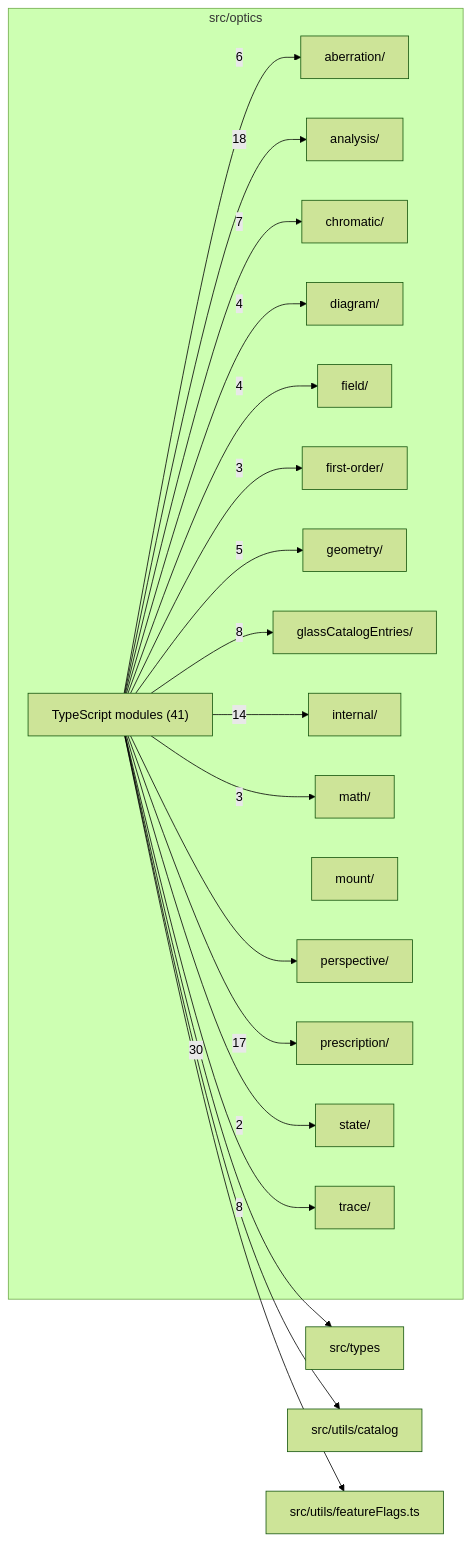
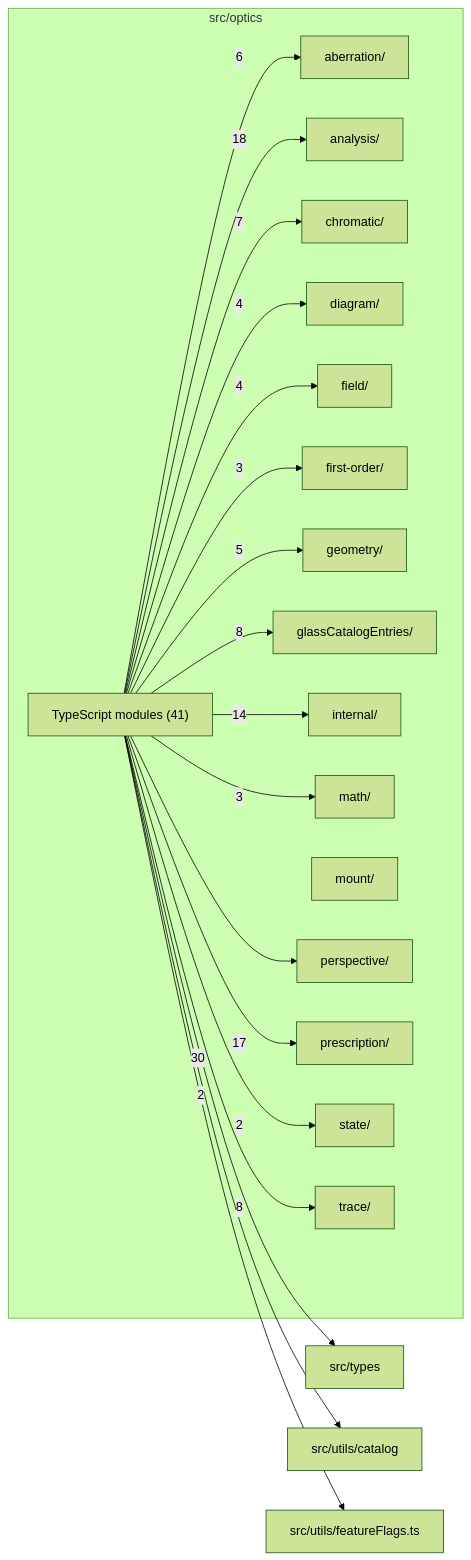
The diagram in src/optics/readme.md (BeamFour/LensVisualizer), drawn with Mermaid (forest theme) before and after one commit. The commit also changed other lines of this file and 26 other files, not shown here.

````diff
--- a/src/optics/readme.md
+++ b/src/optics/readme.md
@@ -9,41 +9,41 @@
 ```mermaid
 flowchart LR
   subgraph n_src_optics["src/optics"]
     n_src_optics_src_optics_aberration["aberration/"]
     n_src_optics_src_optics_analysis["analysis/"]
     n_src_optics_src_optics_chromatic["chromatic/"]
     n_src_optics_src_optics_diagram["diagram/"]
     n_src_optics_src_optics_field["field/"]
     n_src_optics_src_optics_first_order["first-order/"]
     n_src_optics_src_optics_geometry["geometry/"]
     n_src_optics_src_optics_glassCatalogEntries["glassCatalogEntries/"]
     n_src_optics_src_optics_internal["internal/"]
     n_src_optics_src_optics_math["math/"]
     n_src_optics_src_optics_mount["mount/"]
     n_src_optics_src_optics_perspective["perspective/"]
     n_src_optics_src_optics_prescription["prescription/"]
     n_src_optics_src_optics_state["state/"]
     n_src_optics_src_optics_trace["trace/"]
     n_src_optics_TypeScript_modules["TypeScript modules (41)"]
   end
   n_external_src_types["src/types"]
   n_external_src_utils_catalog["src/utils/catalog"]
   n_external_src_utils_featureFlags_ts["src/utils/featureFlags.ts"]
   n_src_optics_TypeScript_modules --> |30| n_external_src_types
   n_src_optics_TypeScript_modules --> |18| n_src_optics_src_optics_analysis
   n_src_optics_TypeScript_modules --> |17| n_src_optics_src_optics_prescription
   n_src_optics_TypeScript_modules --> |14| n_src_optics_src_optics_internal
   n_src_optics_TypeScript_modules --> |8| n_src_optics_src_optics_glassCatalogEntries
   n_src_optics_TypeScript_modules --> |8| n_src_optics_src_optics_trace
   n_src_optics_TypeScript_modules --> |7| n_src_optics_src_optics_chromatic
   n_src_optics_TypeScript_modules --> |6| n_src_optics_src_optics_aberration
   n_src_optics_TypeScript_modules --> |5| n_src_optics_src_optics_geometry
   n_src_optics_TypeScript_modules --> |4| n_src_optics_src_optics_diagram
   n_src_optics_TypeScript_modules --> |4| n_src_optics_src_optics_field
   n_src_optics_TypeScript_modules --> |3| n_src_optics_src_optics_first_order
   n_src_optics_TypeScript_modules --> |3| n_src_optics_src_optics_math
+  n_src_optics_TypeScript_modules --> |2| n_external_src_utils_catalog
   n_src_optics_TypeScript_modules --> |2| n_src_optics_src_optics_state
-  n_src_optics_TypeScript_modules --> n_external_src_utils_catalog
   n_src_optics_TypeScript_modules --> n_external_src_utils_featureFlags_ts
   n_src_optics_TypeScript_modules --> n_src_optics_src_optics_perspective
 ```
````
